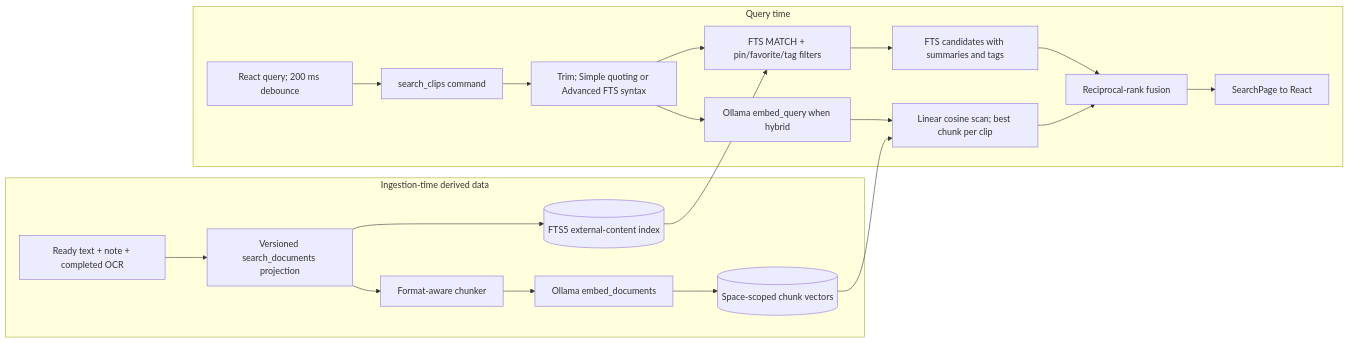
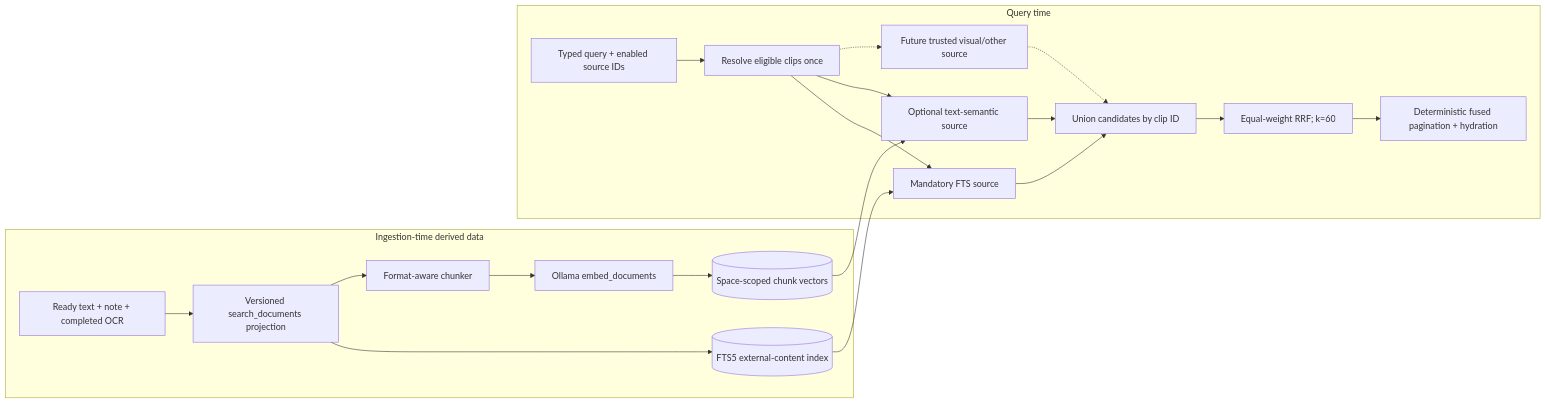
The fifth of 5 diagrams in docs/ARCHITECTURE.md (azure06/clipsx), drawn with Mermaid before and after one commit. The commit also changed other lines of this file and 21 other files, not shown here.

Commit message:
feat: add provider-agnostic multi-source search

````diff
--- a/docs/ARCHITECTURE.md
+++ b/docs/ARCHITECTURE.md
@@ -493,25 +493,24 @@
 ```mermaid
 flowchart LR
   subgraph Ingest["Ingestion-time derived data"]
     Sources["Ready text + note + completed OCR"] --> Projection["Versioned search_documents projection"]
     Projection --> FTS[(FTS5 external-content index)]
     Projection --> Chunker["Format-aware chunker"]
     Chunker --> DocEmbed["Ollama embed_documents"]
     DocEmbed --> Vectors[("Space-scoped chunk vectors")]
   end
 
   subgraph QueryPath["Query time"]
-    React["React query; 200 ms debounce"] --> Command["search_clips command"]
-    Command --> Syntax["Trim; Simple quoting or Advanced FTS syntax"]
-    Syntax --> FTSQuery["FTS MATCH + pin/favorite/tag filters"]
+    React["Typed query + enabled source IDs"] --> Filters["Resolve eligible clips once"]
+    Filters --> FTSQuery["Mandatory FTS source"]
+    Filters --> SemanticQuery["Optional text-semantic source"]
+    Filters -.-> Future["Future trusted visual/other source"]
     FTS --> FTSQuery
-    FTSQuery --> Candidates["FTS candidates with summaries and tags"]
-
-    Syntax --> QueryEmbed["Ollama embed_query when hybrid"]
-    QueryEmbed --> Cosine["Linear cosine scan; best chunk per clip"]
-    Vectors --> Cosine
-    Candidates --> RRF["Reciprocal-rank fusion"]
-    Cosine --> RRF
-    RRF --> Page["SearchPage to React"]
+    Vectors --> SemanticQuery
+    FTSQuery --> Union["Union candidates by clip ID"]
+    SemanticQuery --> Union
+    Future -.-> Union
+    Union --> RRF["Equal-weight RRF; k=60"]
+    RRF --> Page["Deterministic fused pagination + hydration"]
   end
 ```
````
